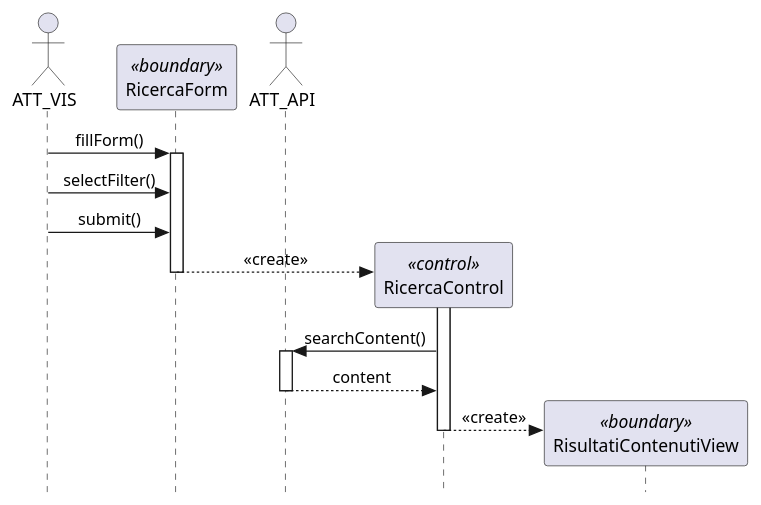
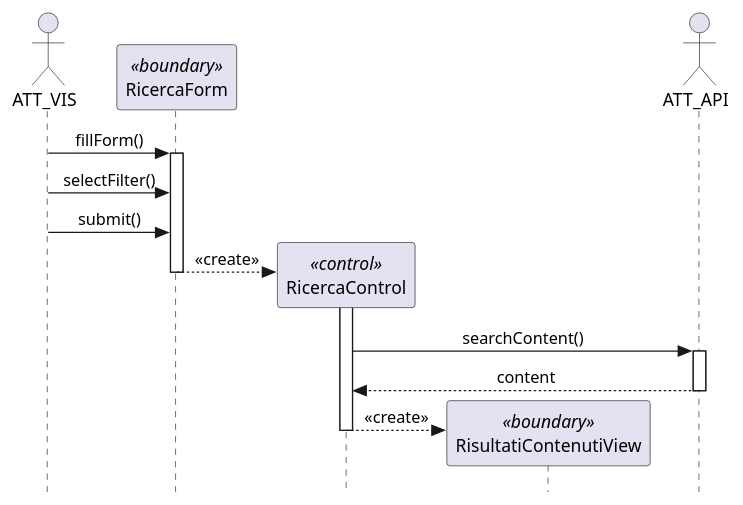
Before and after one commit to rdelvacchio/AmplyMus: the diagram in RAD/src/SD/SD_GC_1.plantuml, drawn with PlantUML. The commit also changed other lines of this file and 15 other files, not shown here.

```diff
--- a/RAD/src/SD/SD_GC_1.plantuml
+++ b/RAD/src/SD/SD_GC_1.plantuml
@@ -1,27 +1,30 @@
 @startuml
 hide footbox
 skinparam style strictuml
 skinparam sequenceMessageAlign center
 
 actor ATT_VIS
 participant "RicercaForm" as A <<boundary>>
+participant "RicercaControl" as C <<control>>
+participant "RisultatiContenutiView" as B <<boundary>>
 actor "ATT_API" as API
 
-ATT_VIS -> A : fillForm()
-activate A
+ATT_VIS -> A ++: fillForm()
 ATT_VIS -> A : selectFilter()
 ATT_VIS -> A : submit()
 
-create participant "RicercaControl" as C <<control>>
-A --> C ++ : <<create>>
-deactivate A
+create C
+A --> C -- : <<create>>
+activate C
 
-C -> API ++ : searchContent()
+
+C -> API  : searchContent()
+activate API
 API --> C : content
 deactivate API
 
-create participant "RisultatiContenutiView" as E <<boundary>>
-C --> E : <<create>>
+create B
+C --> B : <<create>>
 
 deactivate C
 @enduml
```
